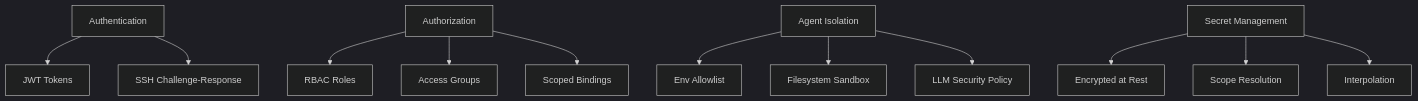
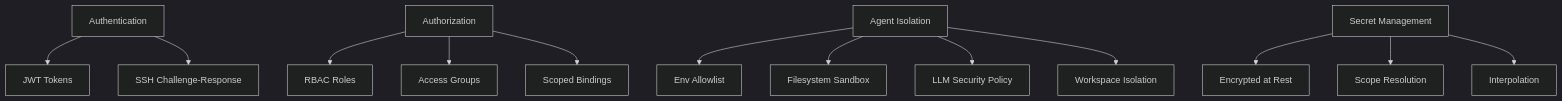
Before and after one commit to eve-horizon/eve-horizon-docs: the diagram in website/docs/operations/security.md, drawn with Mermaid (dark theme). The commit also changed other lines of this file and 12 other files, not shown here.

````diff
--- a/website/docs/operations/security.md
+++ b/website/docs/operations/security.md
@@ -15,14 +15,15 @@
 ```mermaid
 graph TD
     A[Authentication] --> B[JWT Tokens]
     A --> C[SSH Challenge-Response]
     D[Authorization] --> E[RBAC Roles]
     D --> F[Access Groups]
     D --> G[Scoped Bindings]
     H[Agent Isolation] --> I[Env Allowlist]
     H --> J[Filesystem Sandbox]
     H --> K[LLM Security Policy]
+    H --> P[Workspace Isolation]
     L[Secret Management] --> M[Encrypted at Rest]
     L --> N[Scope Resolution]
     L --> O[Interpolation]
 ```
````
